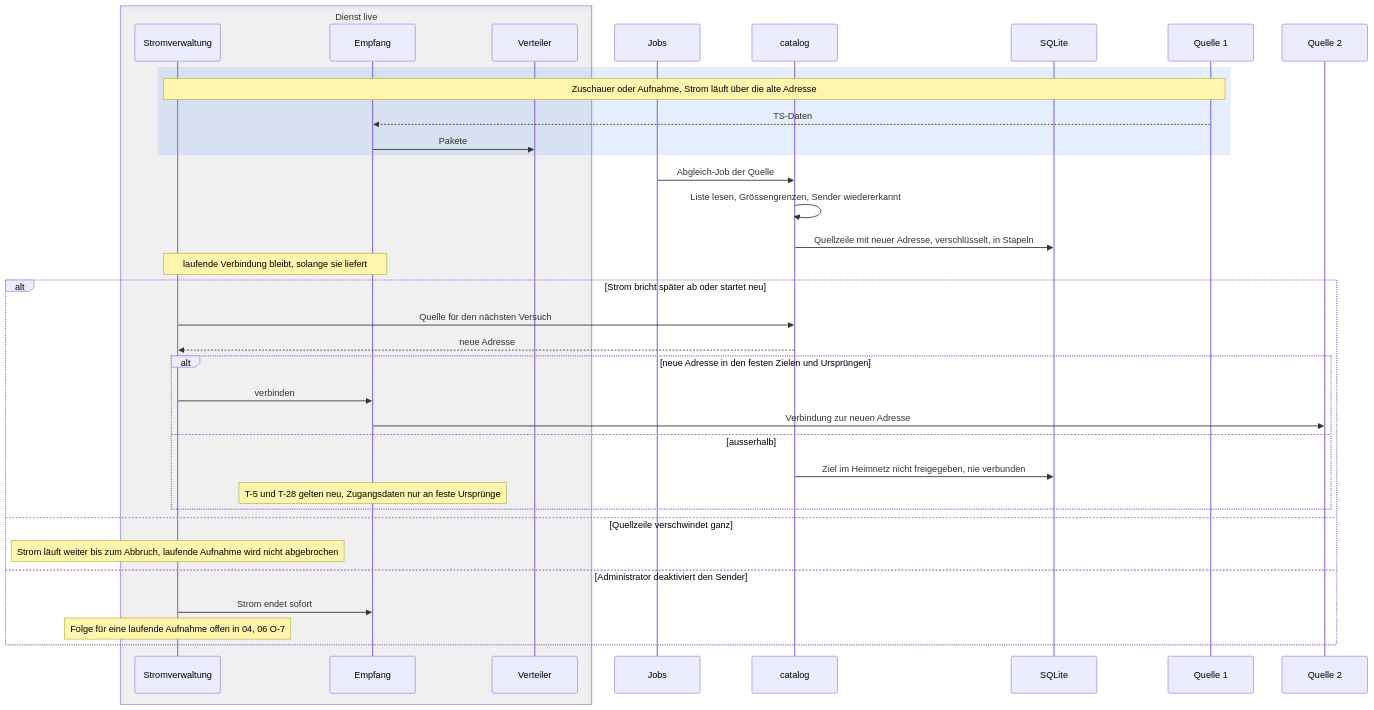
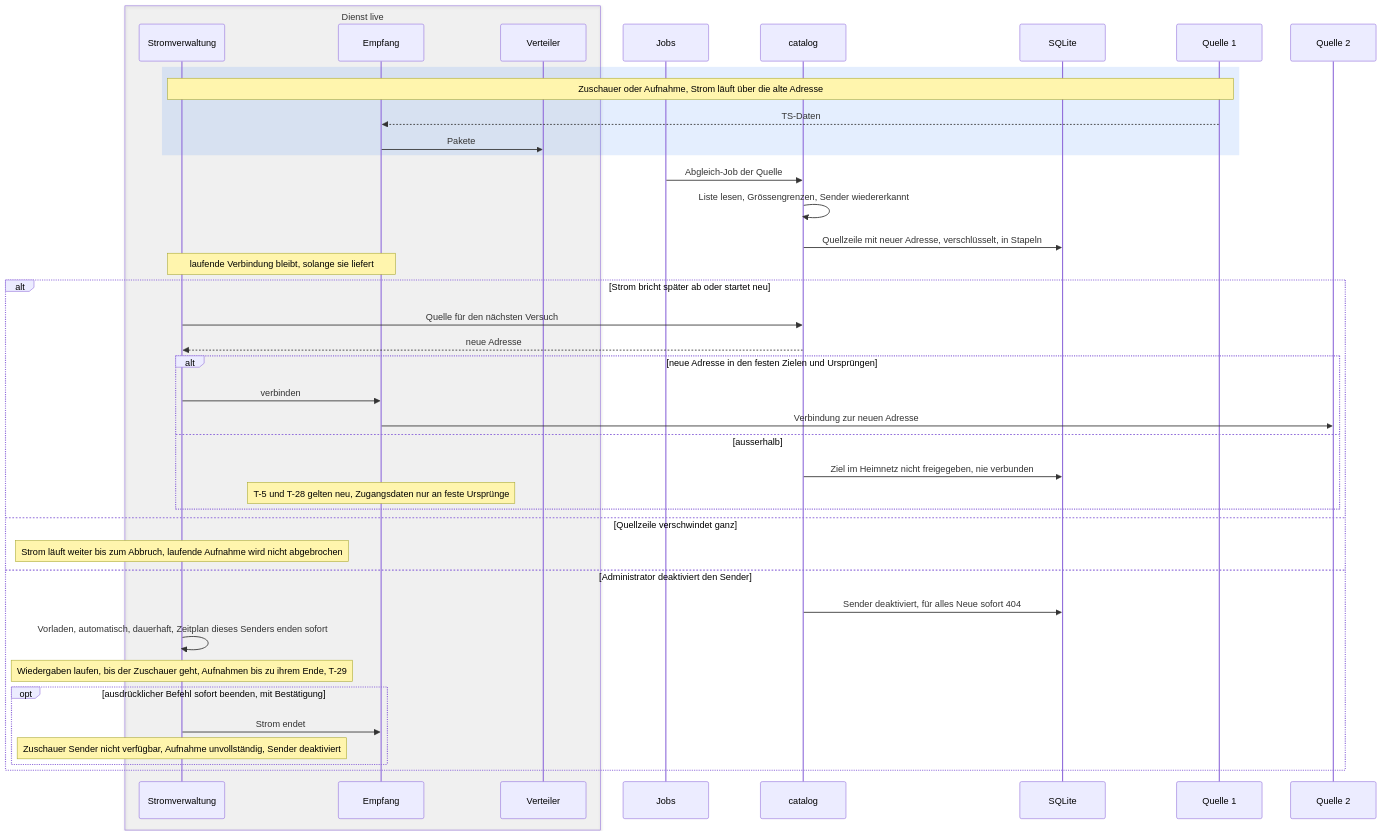
Diagram 17 of 22 in docs/planning/28-live-tv/06-ablaeufe.md (SlouchCat/slouchcat), drawn with Mermaid before and after one commit. The commit also changed other lines of this file, not shown here.

Commit message:
docs(planning): concept 28 live TV, flows after consolidation 1

````diff
--- a/docs/planning/28-live-tv/06-ablaeufe.md
+++ b/docs/planning/28-live-tv/06-ablaeufe.md
@@ -1211,39 +1290,44 @@
 ```mermaid
 sequenceDiagram
   box rgba(128,128,128,0.08) Dienst live
     participant STR as Stromverwaltung
     participant EMP as Empfang
     participant VT as Verteiler
   end
   participant JOB as Jobs
   participant CAT as catalog
   participant DB as SQLite
   participant Q1 as Quelle 1
   participant Q2 as Quelle 2
 
   rect rgba(66,135,245,0.14)
     Note over STR,Q1: Zuschauer oder Aufnahme, Strom läuft über die alte Adresse
     Q1-->>EMP: TS-Daten
     EMP->>VT: Pakete
   end
   JOB->>CAT: Abgleich-Job der Quelle
   CAT->>CAT: Liste lesen, Grössengrenzen, Sender wiedererkannt
   CAT->>DB: Quellzeile mit neuer Adresse, verschlüsselt, in Stapeln
   Note over STR,EMP: laufende Verbindung bleibt, solange sie liefert
   alt Strom bricht später ab oder startet neu
     STR->>CAT: Quelle für den nächsten Versuch
     CAT-->>STR: neue Adresse
     alt neue Adresse in den festen Zielen und Ursprüngen
       STR->>EMP: verbinden
       EMP->>Q2: Verbindung zur neuen Adresse
     else ausserhalb
       CAT->>DB: Ziel im Heimnetz nicht freigegeben, nie verbunden
       Note over EMP: T-5 und T-28 gelten neu, Zugangsdaten nur an feste Ursprünge
     end
   else Quellzeile verschwindet ganz
     Note over STR: Strom läuft weiter bis zum Abbruch, laufende Aufnahme wird nicht abgebrochen
   else Administrator deaktiviert den Sender
-    STR->>EMP: Strom endet sofort
-    Note over STR: Folge für eine laufende Aufnahme offen in 04, 06 O-7
+    CAT->>DB: Sender deaktiviert, für alles Neue sofort 404
+    STR->>STR: Vorladen, automatisch, dauerhaft, Zeitplan dieses Senders enden sofort
+    Note over STR: Wiedergaben laufen, bis der Zuschauer geht, Aufnahmen bis zu ihrem Ende, T-29
+    opt ausdrücklicher Befehl sofort beenden, mit Bestätigung
+      STR->>EMP: Strom endet
+      Note over STR: Zuschauer Sender nicht verfügbar, Aufnahme unvollständig, Sender deaktiviert
+    end
   end
 ```
````
